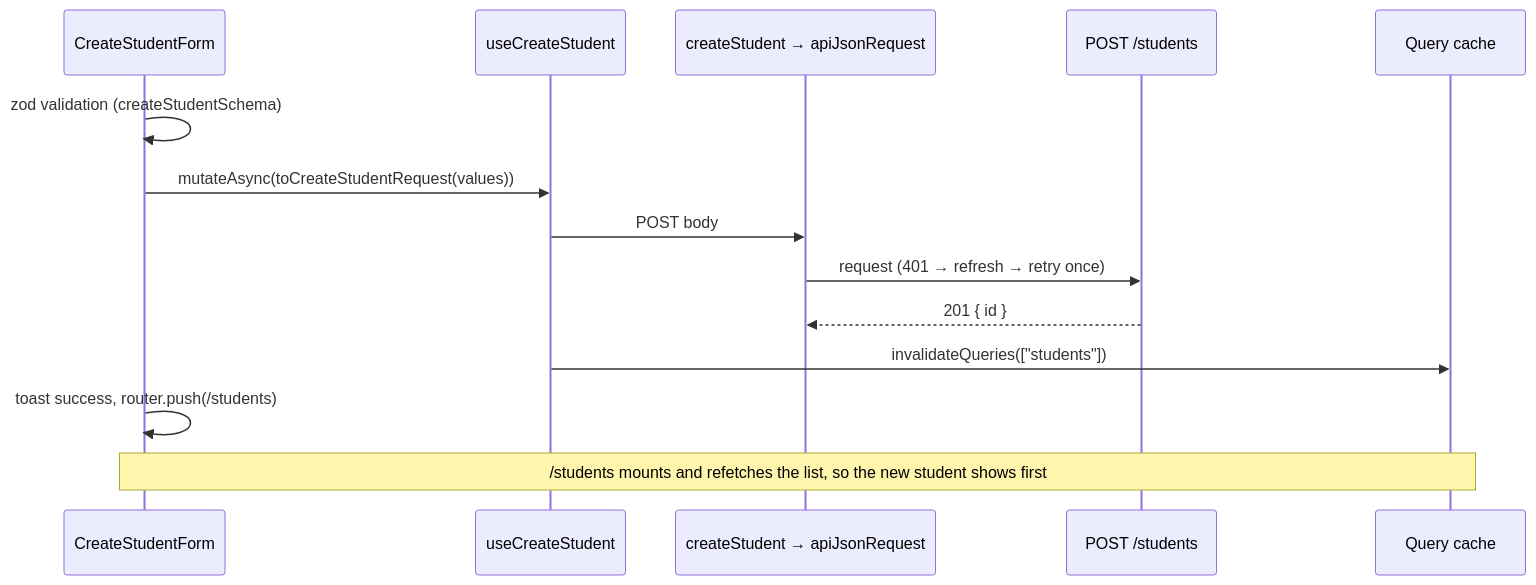
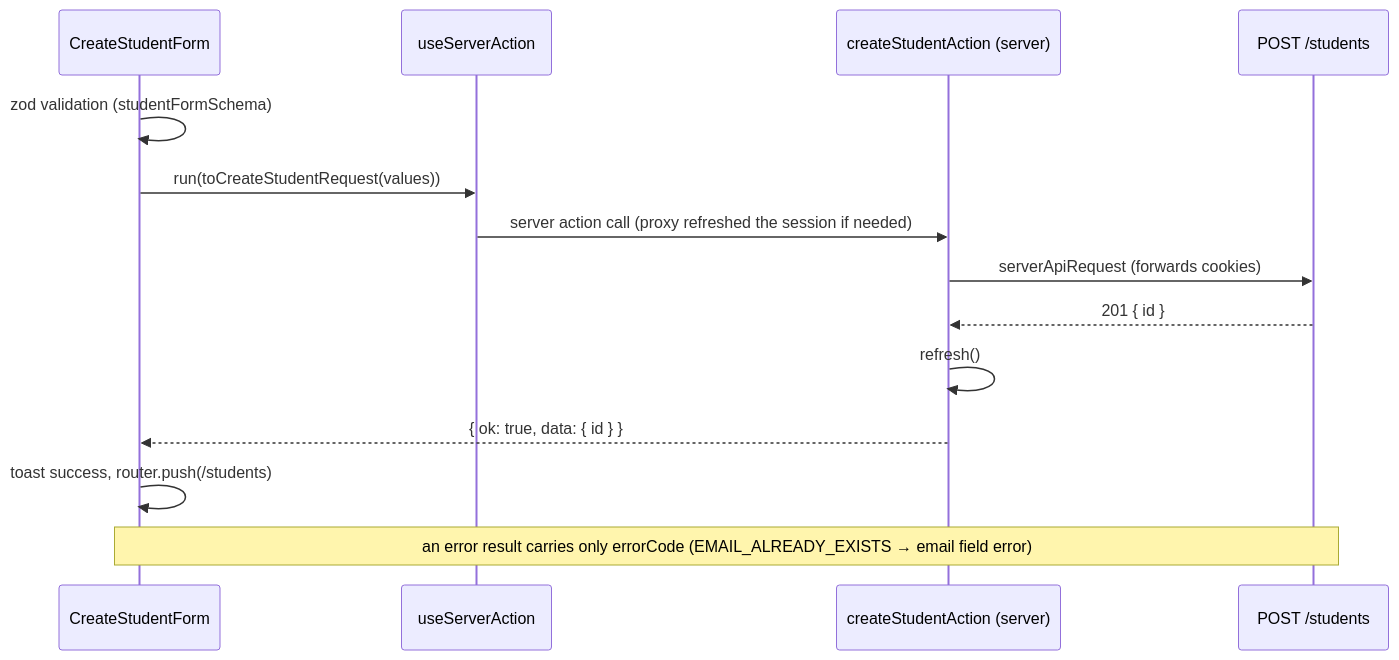
Before and after one commit to KaterynaKocheharova/Practice-app: the second of 2 diagrams in front/src/docs/students.md, drawn with Mermaid. The commit also changed other lines of this file and 178 other files, not shown here.

Commit message:
use server actions for all implemented features and proxy tokens refresh

````diff
--- a/front/src/docs/students.md
+++ b/front/src/docs/students.md
@@ -58,17 +55,17 @@
 ```mermaid
 sequenceDiagram
   participant Form as CreateStudentForm
-  participant Hook as useCreateStudent
-  participant API as createStudent → apiJsonRequest
+  participant Hook as useServerAction
+  participant Action as createStudentAction (server)
   participant BE as POST /students
-  participant Cache as Query cache
 
-  Form->>Form: zod validation (createStudentSchema)
-  Form->>Hook: mutateAsync(toCreateStudentRequest(values))
-  Hook->>API: POST body
-  API->>BE: request (401 → refresh → retry once)
-  BE-->>API: 201 { id }
-  Hook->>Cache: invalidateQueries(["students"])
+  Form->>Form: zod validation (studentFormSchema)
+  Form->>Hook: run(toCreateStudentRequest(values))
+  Hook->>Action: server action call (proxy refreshed the session if needed)
+  Action->>BE: serverApiRequest (forwards cookies)
+  BE-->>Action: 201 { id }
+  Action->>Action: refresh()
+  Action-->>Form: { ok: true, data: { id } }
   Form->>Form: toast success, router.push(/students)
-  Note over Form,Cache: /students mounts and refetches the list, so the new student shows first
+  Note over Form,BE: an error result carries only errorCode (EMAIL_ALREADY_EXISTS → email field error)
 ```
````
